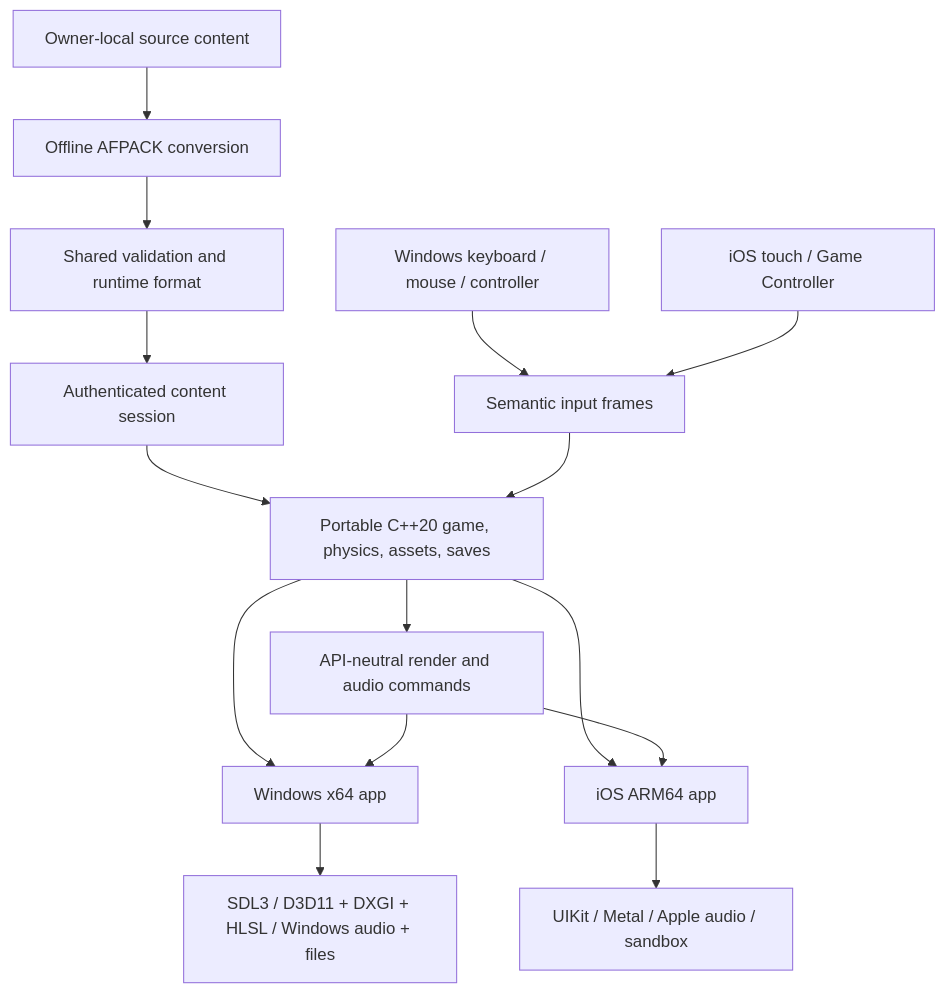
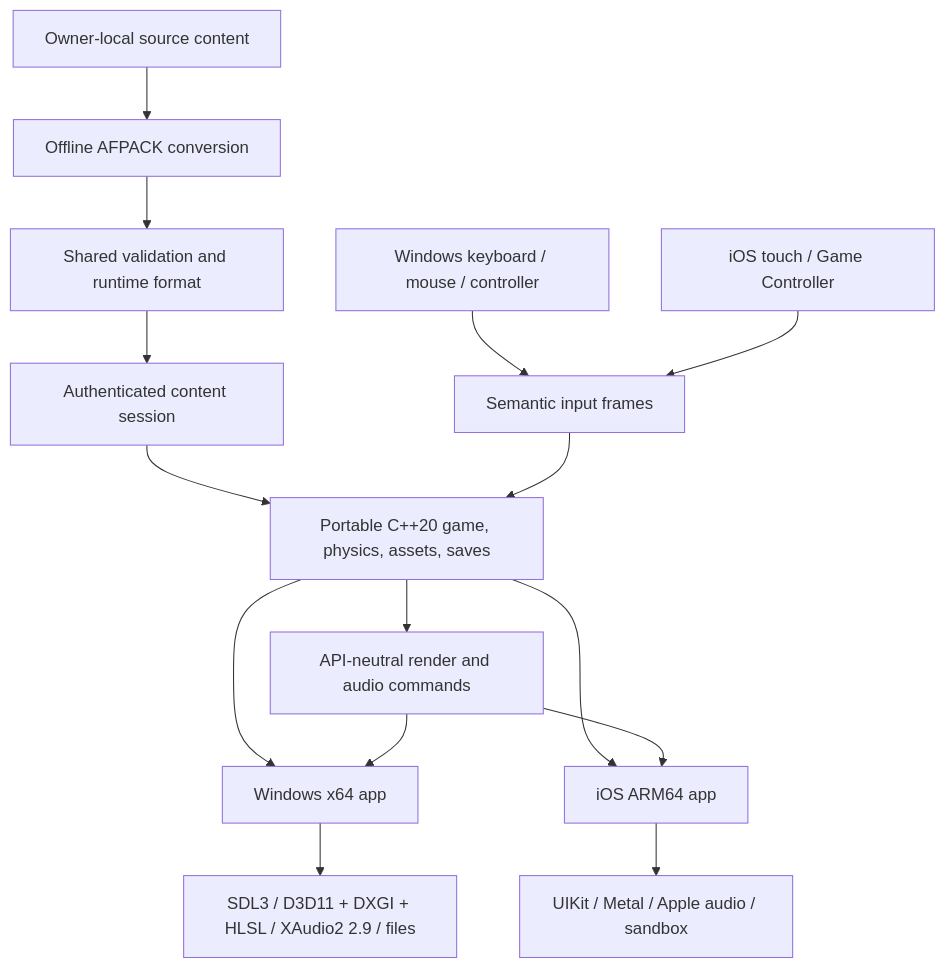
The diagram in README.md (tryk016/airfix-dogfighter), drawn with Mermaid before and after one commit. The commit also changed other lines of this file and 21 other files, not shown here.

Commit message:
Add portable audio and Windows XAudio2 backend

````diff
--- a/README.md
+++ b/README.md
@@ -205,17 +213,17 @@
 ```mermaid
 flowchart TD
     A["Owner-local source content"] --> B["Offline AFPACK conversion"]
     B --> C["Shared validation and runtime format"]
     C --> D["Authenticated content session"]
     D --> E["Portable C++20 game, physics, assets, saves"]
     I["Semantic input frames"] --> E
     E --> R["API-neutral render and audio commands"]
     W["Windows keyboard / mouse / controller"] --> I
     T["iOS touch / Game Controller"] --> I
     E --> X["Windows x64 app"]
     R --> X
     E --> Y["iOS ARM64 app"]
     R --> Y
-    X --> WX["SDL3 / D3D11 + DXGI + HLSL / Windows audio + files"]
+    X --> WX["SDL3 / D3D11 + DXGI + HLSL / XAudio2 2.9 / files"]
     Y --> IY["UIKit / Metal / Apple audio / sandbox"]
 ```
````
